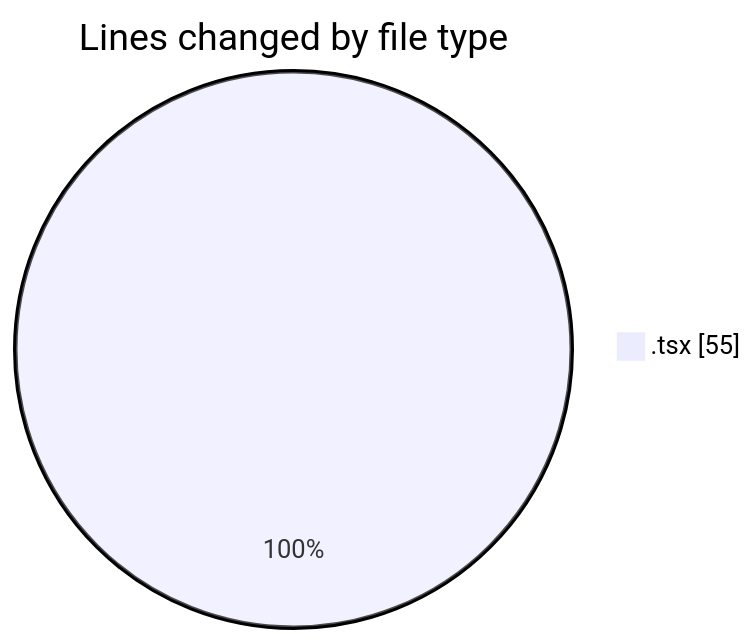
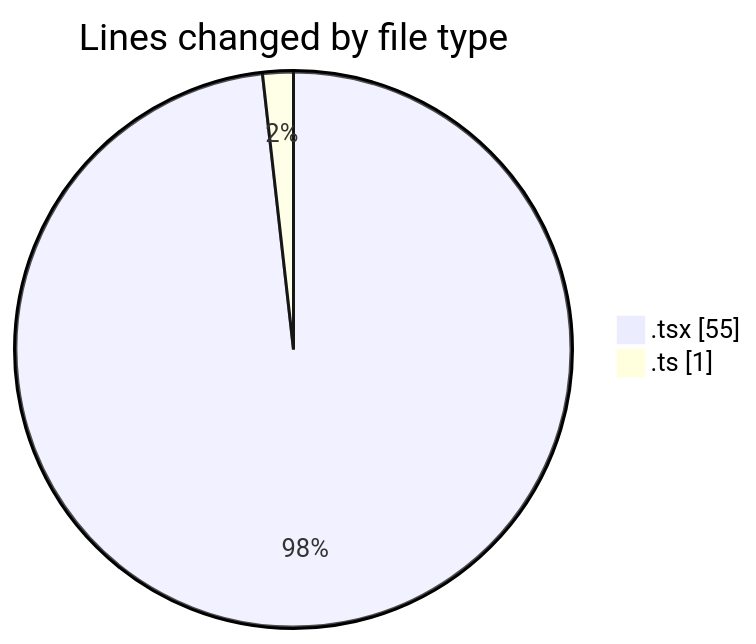
The first of 2 diagrams in 2025-10-20/eventscop-frontend-guide__workspace_/README.md (julien-gomy/code-tracking), drawn with Mermaid before and after one commit. The commit also changed other lines of this file and 1 other file, not shown here.

````diff
--- a/2025-10-20/eventscop-frontend-guide__workspace_/README.md
+++ b/2025-10-20/eventscop-frontend-guide__workspace_/README.md
@@ -22,5 +23,6 @@
 ```mermaid
 pie showData
 title Lines changed by file type
 ".tsx" : 55
+".ts" : 1
 ```
````
